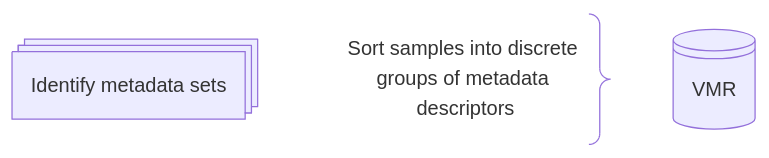
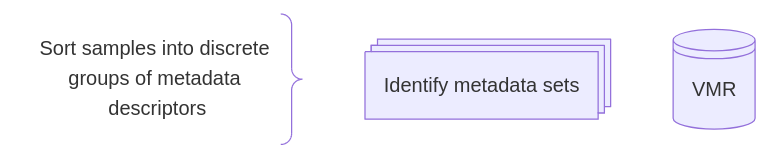
The second of 2 diagrams in metadata_standards_sop.md (grdi-amr/docs-and-SOPs), drawn with Mermaid before and after one commit.

Commit message:
moves note

````diff
--- a/metadata_standards_sop.md
+++ b/metadata_standards_sop.md
@@ -107,9 +107,9 @@
 ```mermaid
 
 graph TD;
 
+A_note@{ shape: brace-r, label: "Sort samples into discrete groups of metadata descriptors"}
 A@{ shape: processes , label: "Identify metadata sets"}
-B@{ shape: brace-r, label: "Sort samples into discrete groups of metadata descriptors"}
 C@{ shape: lin-cyl, label: "VMR" }
 
 ```
````
